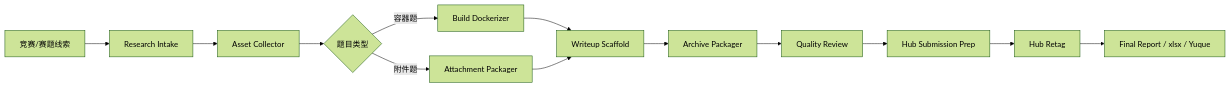
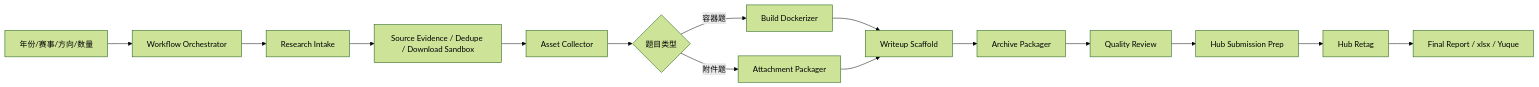
The diagram in README.md (D1a0y1bb/CloverSec-CTF-ForExample), drawn with Mermaid (forest theme) before and after one commit. The commit also changed other lines of this file and 23 other files, not shown here.

````diff
--- a/README.md
+++ b/README.md
@@ -281,15 +299,17 @@
 ```mermaid
 flowchart LR
-  A["竞赛/赛题线索"] --> B["Research Intake"]
-  B --> C["Asset Collector"]
-  C --> D{"题目类型"}
-  D -->|"容器题"| E["Build Dockerizer"]
-  D -->|"附件题"| F["Attachment Packager"]
-  E --> G["Writeup Scaffold"]
-  F --> G
-  G --> H["Archive Packager"]
-  H --> I["Quality Review"]
-  I --> J["Hub Submission Prep"]
-  J --> K["Hub Retag"]
-  K --> L["Final Report / xlsx / Yuque"]
+  A["年份/赛事/方向/数量"] --> B["Workflow Orchestrator"]
+  B --> C["Research Intake"]
+  C --> D["Source Evidence / Dedupe / Download Sandbox"]
+  D --> E["Asset Collector"]
+  E --> F{"题目类型"}
+  F -->|"容器题"| G["Build Dockerizer"]
+  F -->|"附件题"| H["Attachment Packager"]
+  G --> I["Writeup Scaffold"]
+  H --> I
+  I --> J["Archive Packager"]
+  J --> K["Quality Review"]
+  K --> L["Hub Submission Prep"]
+  L --> M["Hub Retag"]
+  M --> N["Final Report / xlsx / Yuque"]
 ```
````
